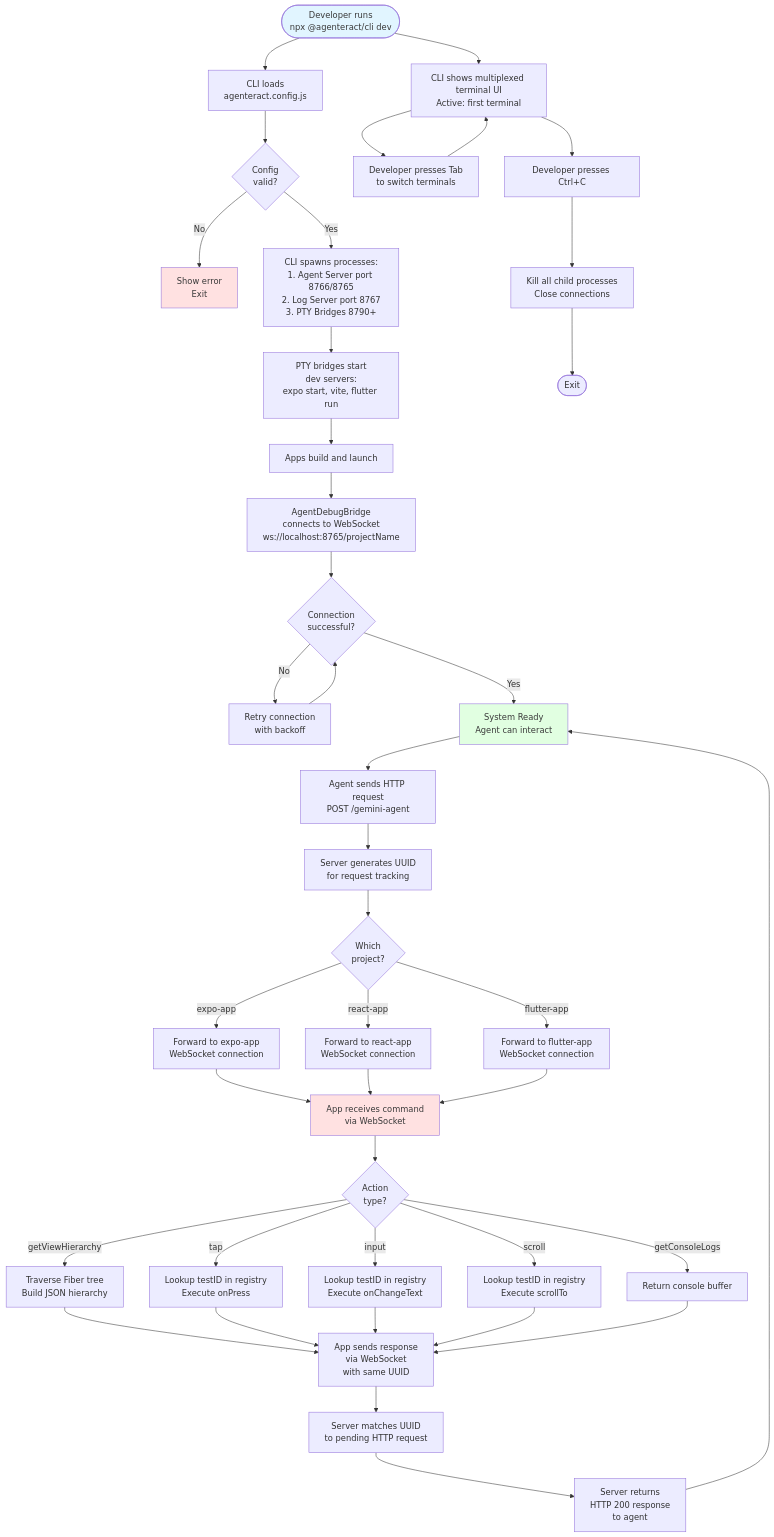
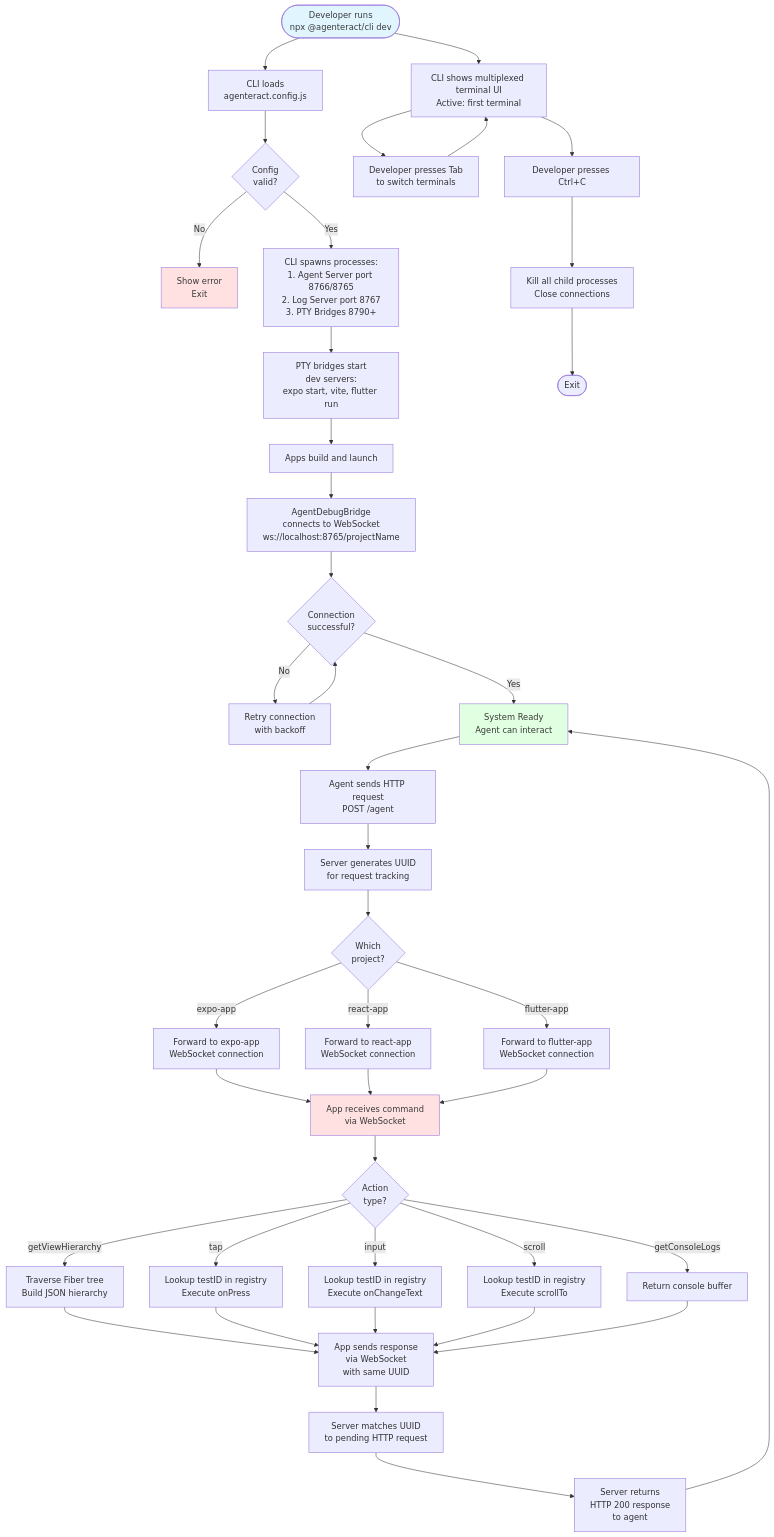
One commit to agenteract/agenteract changed the ninth of 9 diagrams in docs/ARCHITECTURE.md. Above: the diagram before and after it, drawn with Mermaid. The commit also changed other lines of this file and 6 other files, not shown here.

````diff
--- a/docs/ARCHITECTURE.md
+++ b/docs/ARCHITECTURE.md
@@ -762,76 +762,76 @@
 ```mermaid
 %%{ init : { "themeVariables" : { "background" : "#aaa" }}}%%
 flowchart TD
     START([Developer runs<br/>npx @agenteract/cli dev])
 
     START --> LOAD[CLI loads<br/>agenteract.config.js]
     LOAD --> VALIDATE{Config<br/>valid?}
 
     VALIDATE -->|No| ERROR1[Show error<br/>Exit]
     VALIDATE -->|Yes| SPAWN[CLI spawns processes:<br/>1. Agent Server port 8766/8765<br/>2. Log Server port 8767<br/>3. PTY Bridges 8790+]
 
     SPAWN --> START_DEV[PTY bridges start<br/>dev servers:<br/>expo start, vite, flutter run]
 
     START_DEV --> APPS_BUILD[Apps build and launch]
 
     APPS_BUILD --> BRIDGE_CONNECT[AgentDebugBridge<br/>connects to WebSocket<br/>ws://localhost:8765/projectName]
 
     BRIDGE_CONNECT --> CONNECTED{Connection<br/>successful?}
 
     CONNECTED -->|No| RETRY[Retry connection<br/>with backoff]
     RETRY --> CONNECTED
 
     CONNECTED -->|Yes| READY[System Ready<br/>Agent can interact]
 
-    READY --> AGENT_REQ[Agent sends HTTP request<br/>POST /gemini-agent]
+    READY --> AGENT_REQ[Agent sends HTTP request<br/>POST /agent]
 
     AGENT_REQ --> SERVER_GEN_ID[Server generates UUID<br/>for request tracking]
 
     SERVER_GEN_ID --> ROUTE{Which<br/>project?}
 
     ROUTE -->|expo-app| WS1[Forward to expo-app<br/>WebSocket connection]
     ROUTE -->|react-app| WS2[Forward to react-app<br/>WebSocket connection]
     ROUTE -->|flutter-app| WS3[Forward to flutter-app<br/>WebSocket connection]
 
     WS1 --> EXEC
     WS2 --> EXEC
     WS3 --> EXEC
 
     EXEC[App receives command<br/>via WebSocket]
 
     EXEC --> ACTION{Action<br/>type?}
 
     ACTION -->|getViewHierarchy| HIERARCHY[Traverse Fiber tree<br/>Build JSON hierarchy]
     ACTION -->|tap| TAP_EXEC[Lookup testID in registry<br/>Execute onPress]
     ACTION -->|input| INPUT_EXEC[Lookup testID in registry<br/>Execute onChangeText]
     ACTION -->|scroll| SCROLL_EXEC[Lookup testID in registry<br/>Execute scrollTo]
     ACTION -->|getConsoleLogs| LOGS_EXEC[Return console buffer]
 
     HIERARCHY --> RESPOND
     TAP_EXEC --> RESPOND
     INPUT_EXEC --> RESPOND
     SCROLL_EXEC --> RESPOND
     LOGS_EXEC --> RESPOND
 
     RESPOND[App sends response<br/>via WebSocket<br/>with same UUID]
 
     RESPOND --> SERVER_MATCH[Server matches UUID<br/>to pending HTTP request]
 
     SERVER_MATCH --> RETURN[Server returns<br/>HTTP 200 response<br/>to agent]
 
     RETURN --> READY
 
     START --> UI[CLI shows multiplexed terminal UI<br/>Active: first terminal]
 
     UI --> SWITCH[Developer presses Tab<br/>to switch terminals]
     SWITCH --> UI
 
     UI --> QUIT[Developer presses Ctrl+C]
     QUIT --> CLEANUP[Kill all child processes<br/>Close connections]
     CLEANUP --> EXIT([Exit])
 
     style START fill:#e1f5ff,color:#3a3a3a
     style READY fill:#e1ffe1,color:#3a3a3a
     style EXEC fill:#ffe1e1,color:#3a3a3a
     style ERROR1 fill:#ffe1e1,color:#3a3a3a
 ```
````
